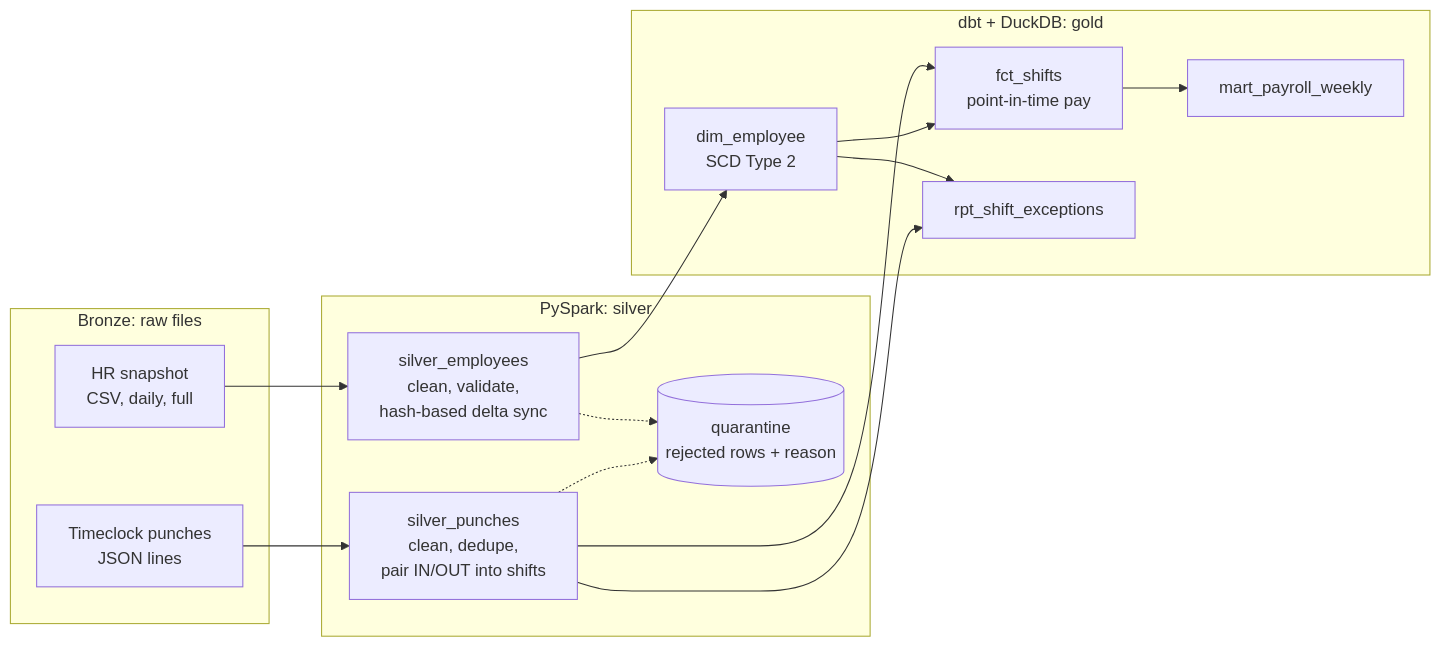
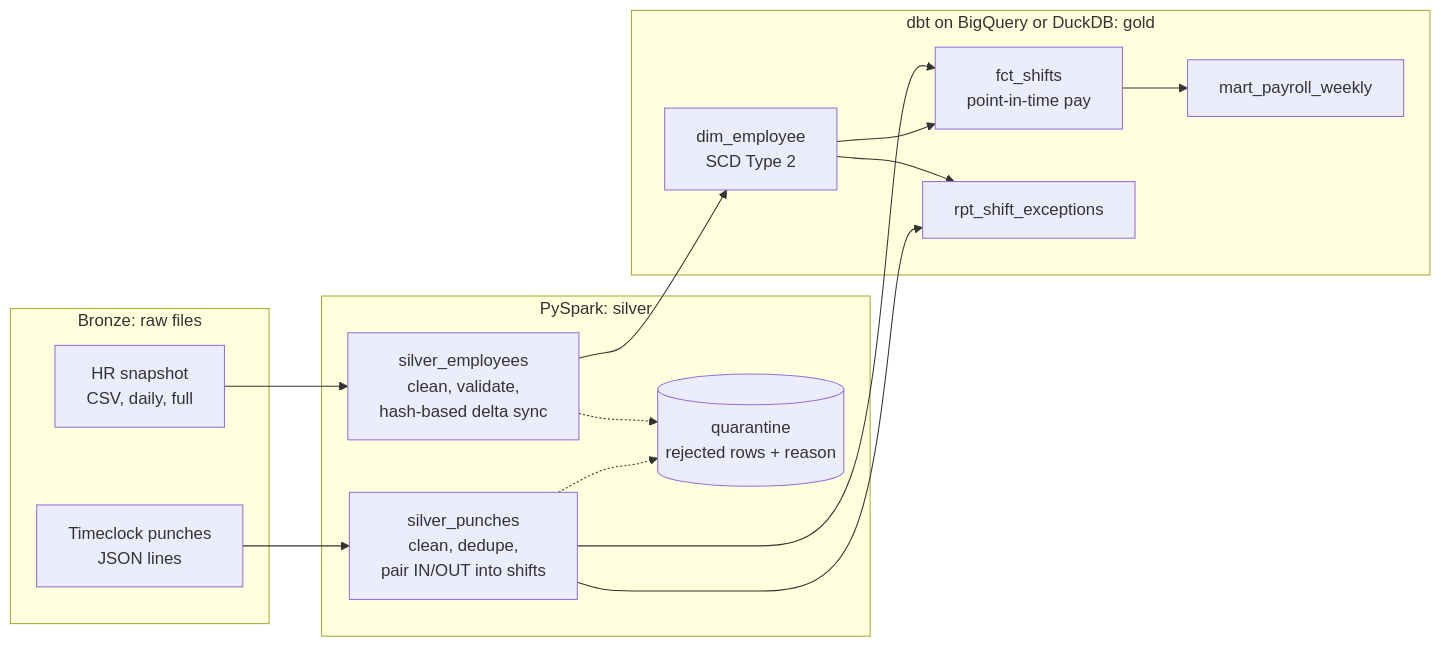
The diagram in README.md (Himansh1975/workforce-payroll-pipeline), drawn with Mermaid before and after one commit. The commit also changed other lines of this file and 16 other files, not shown here.

First line of the commit message:
Run the warehouse on BigQuery as well as DuckDB

````diff
--- a/README.md
+++ b/README.md
@@ -20,25 +20,25 @@
 ```mermaid
 flowchart LR
     subgraph Sources["Bronze: raw files"]
         HR["HR snapshot<br/>CSV, daily, full"]
         TC["Timeclock punches<br/>JSON lines"]
     end
     subgraph Spark["PySpark: silver"]
         SE["silver_employees<br/>clean, validate,<br/>hash-based delta sync"]
         SP["silver_punches<br/>clean, dedupe,<br/>pair IN/OUT into shifts"]
         Q[("quarantine<br/>rejected rows + reason")]
     end
-    subgraph DBT["dbt + DuckDB: gold"]
+    subgraph DBT["dbt on BigQuery or DuckDB: gold"]
         DIM["dim_employee<br/>SCD Type 2"]
         FCT["fct_shifts<br/>point-in-time pay"]
         PAY["mart_payroll_weekly"]
         EXC["rpt_shift_exceptions"]
     end
     HR --> SE --> DIM
     TC --> SP --> FCT
     SE -.-> Q
     SP -.-> Q
     DIM --> FCT --> PAY
     DIM --> EXC
     SP --> EXC
 ```
````
